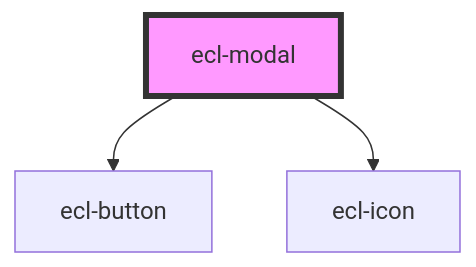
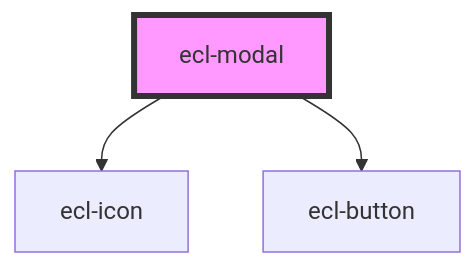
One commit to ec-europa/ecl-webcomponents changed the diagram in src/components/ecl-modal/readme.md. Above: the diagram before and after it, drawn with Mermaid. The commit also changed other lines of this file and 29 other files, not shown here.

Commit message:
chore(webcomponents): Randomising links, fixing timeline, content block, modal

````diff
--- a/src/components/ecl-modal/readme.md
+++ b/src/components/ecl-modal/readme.md
@@ -32,6 +32,6 @@
 ```mermaid
 graph TD;
+  ecl-modal --> ecl-icon
   ecl-modal --> ecl-button
-  ecl-modal --> ecl-icon
   style ecl-modal fill:#f9f,stroke:#333,stroke-width:4px
 ```
````
